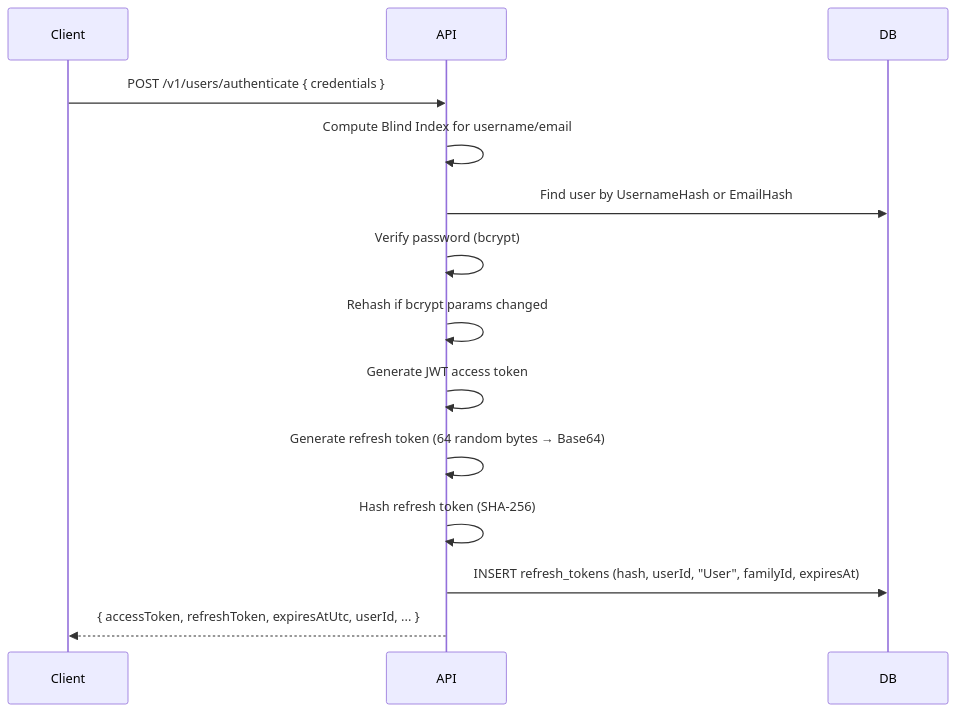
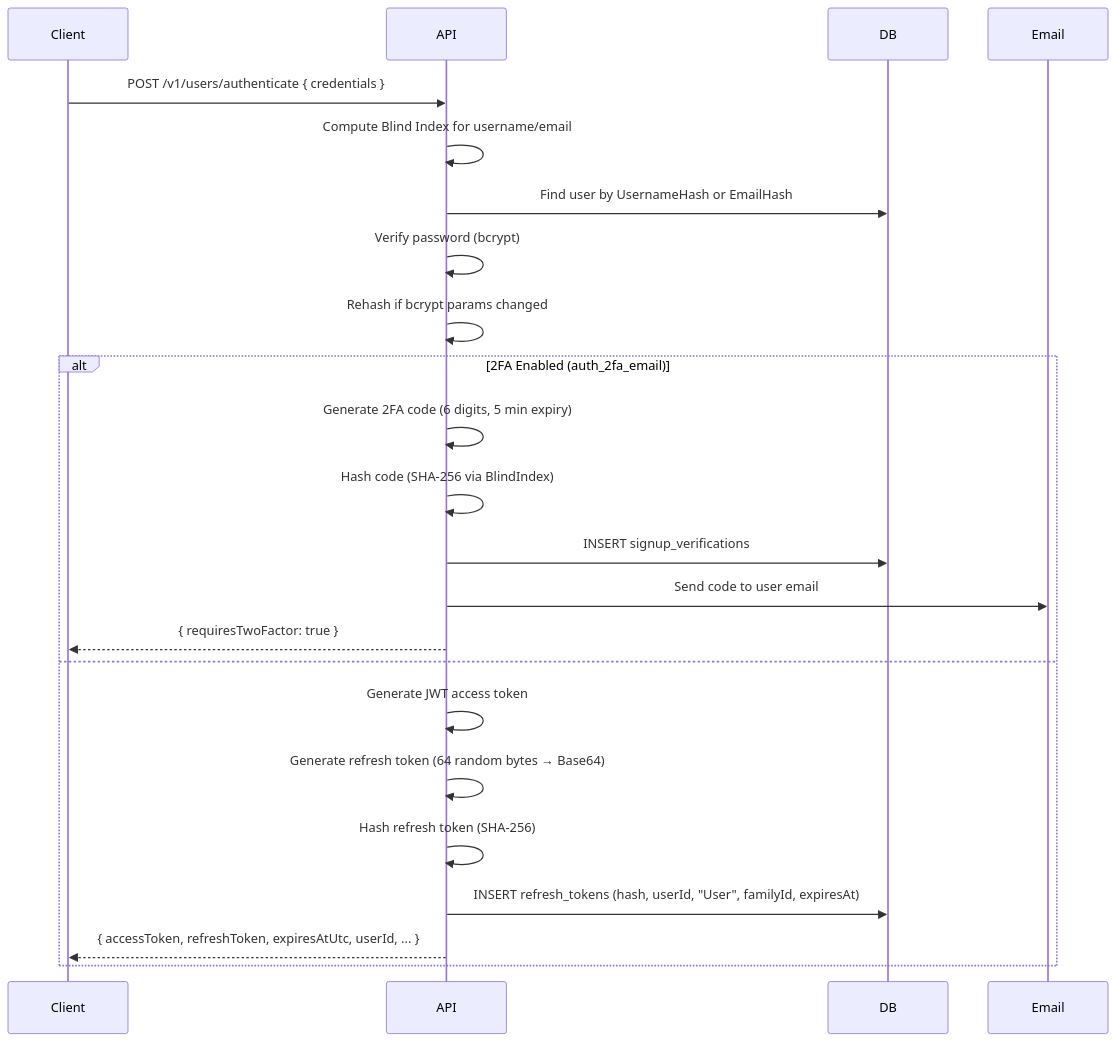
The first of 2 diagrams in templates/api/docs/security/AUTHENTICATION.md (gbrandtio/ctx.0), drawn with Mermaid before and after one commit. The commit also changed other lines of this file and 26 other files, not shown here.

First line of the commit message:
Add optional 2FA via email code for login

````diff
--- a/templates/api/docs/security/AUTHENTICATION.md
+++ b/templates/api/docs/security/AUTHENTICATION.md
@@ -96,17 +96,26 @@
 ```mermaid
 sequenceDiagram
     participant Client
     participant API
     participant DB
 
     Client->>API: POST /v1/users/authenticate { credentials }
     API->>API: Compute Blind Index for username/email
     API->>DB: Find user by UsernameHash or EmailHash
     API->>API: Verify password (bcrypt)
     API->>API: Rehash if bcrypt params changed
-    API->>API: Generate JWT access token
-    API->>API: Generate refresh token (64 random bytes → Base64)
-    API->>API: Hash refresh token (SHA-256)
-    API->>DB: INSERT refresh_tokens (hash, userId, "User", familyId, expiresAt)
-    API-->>Client: { accessToken, refreshToken, expiresAtUtc, userId, ... }
+
+    alt 2FA Enabled (auth_2fa_email)
+        API->>API: Generate 2FA code (6 digits, 5 min expiry)
+        API->>API: Hash code (SHA-256 via BlindIndex)
+        API->>DB: INSERT signup_verifications
+        API->>Email: Send code to user email
+        API-->>Client: { requiresTwoFactor: true }
+    else
+        API->>API: Generate JWT access token
+        API->>API: Generate refresh token (64 random bytes → Base64)
+        API->>API: Hash refresh token (SHA-256)
+        API->>DB: INSERT refresh_tokens (hash, userId, "User", familyId, expiresAt)
+        API-->>Client: { accessToken, refreshToken, expiresAtUtc, userId, ... }
+    end
 ```
````
